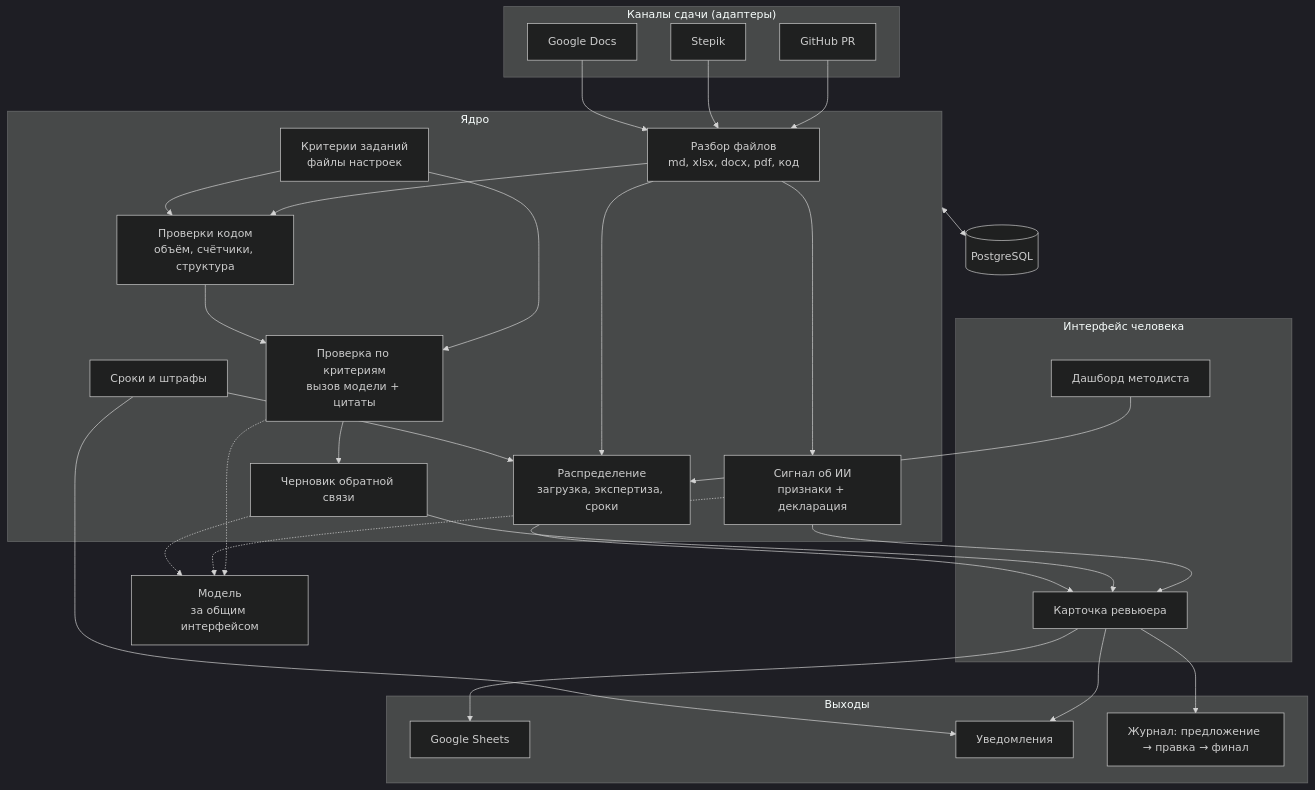
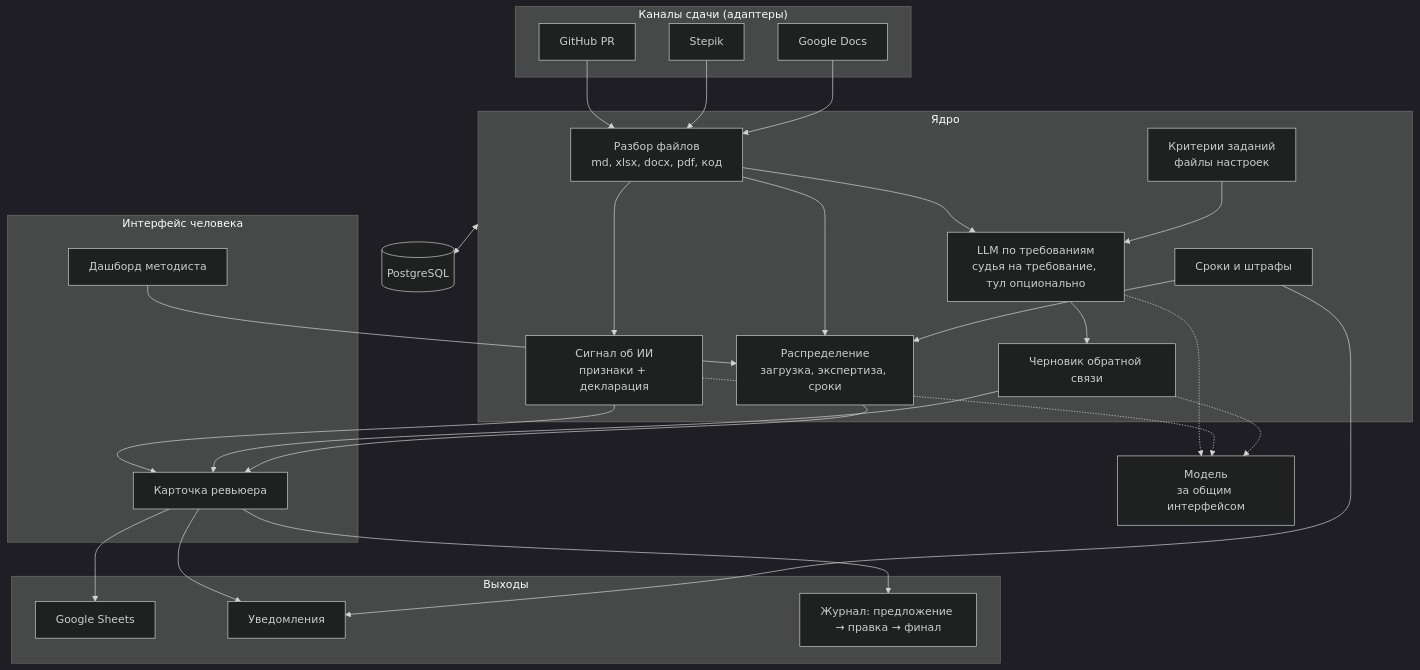
The diagram in docs/16-architecture-draft.md (matvej-melikhov/avito-aith-hackaton), drawn with Mermaid (dark theme) before and after one commit. The commit also changed other lines of this file and 9 other files, not shown here.

Commit message:
docs: LLM с тулами как единый способ проверки, ложный лучше пропуска, рубрики вручную, время и роли унифицированы

````diff
--- a/docs/16-architecture-draft.md
+++ b/docs/16-architecture-draft.md
@@ -21,57 +21,54 @@
 ```mermaid
 flowchart TB
 subgraph SRC["Каналы сдачи (адаптеры)"]
     GH["GitHub PR"]
     ST["Stepik"]
     GD["Google Docs"]
 end
 
 subgraph CORE["Ядро"]
     ING["Разбор файлов<br/>md, xlsx, docx, pdf, код"]
     RUB["Критерии заданий<br/>файлы настроек"]
-    DET["Проверки кодом<br/>объём, счётчики, структура"]
-    REV["Проверка по критериям<br/>вызов модели + цитаты"]
+    REV["LLM по требованиям<br/>судья на требование, тул опционально"]
     AID["Сигнал об ИИ<br/>признаки + декларация"]
     FB["Черновик обратной связи"]
     ASG["Распределение<br/>загрузка, экспертиза, сроки"]
     SLA["Сроки и штрафы"]
 end
 
 subgraph HUMAN["Интерфейс человека"]
     RUI["Карточка ревьюера"]
     MUI["Дашборд методиста"]
 end
 
 subgraph OUT["Выходы"]
     SHEET["Google Sheets"]
     NOTIF["Уведомления"]
     AUDIT["Журнал: предложение → правка → финал"]
 end
 
 DB[("PostgreSQL")]
 LLM["Модель<br/>за общим интерфейсом"]
 
 GH --> ING
 ST --> ING
 GD --> ING
-ING --> DET
-RUB --> DET
+ING --> REV
 RUB --> REV
-DET --> REV
 ING --> AID
 REV --> FB
 AID --> RUI
 FB --> RUI
 ASG --> RUI
 ING --> ASG
 SLA --> ASG
 REV -.-> LLM
 AID -.-> LLM
 FB -.-> LLM
 RUI --> AUDIT
 RUI --> SHEET
 RUI --> NOTIF
 MUI --> ASG
 CORE <--> DB
 SLA --> NOTIF
 ```
````
